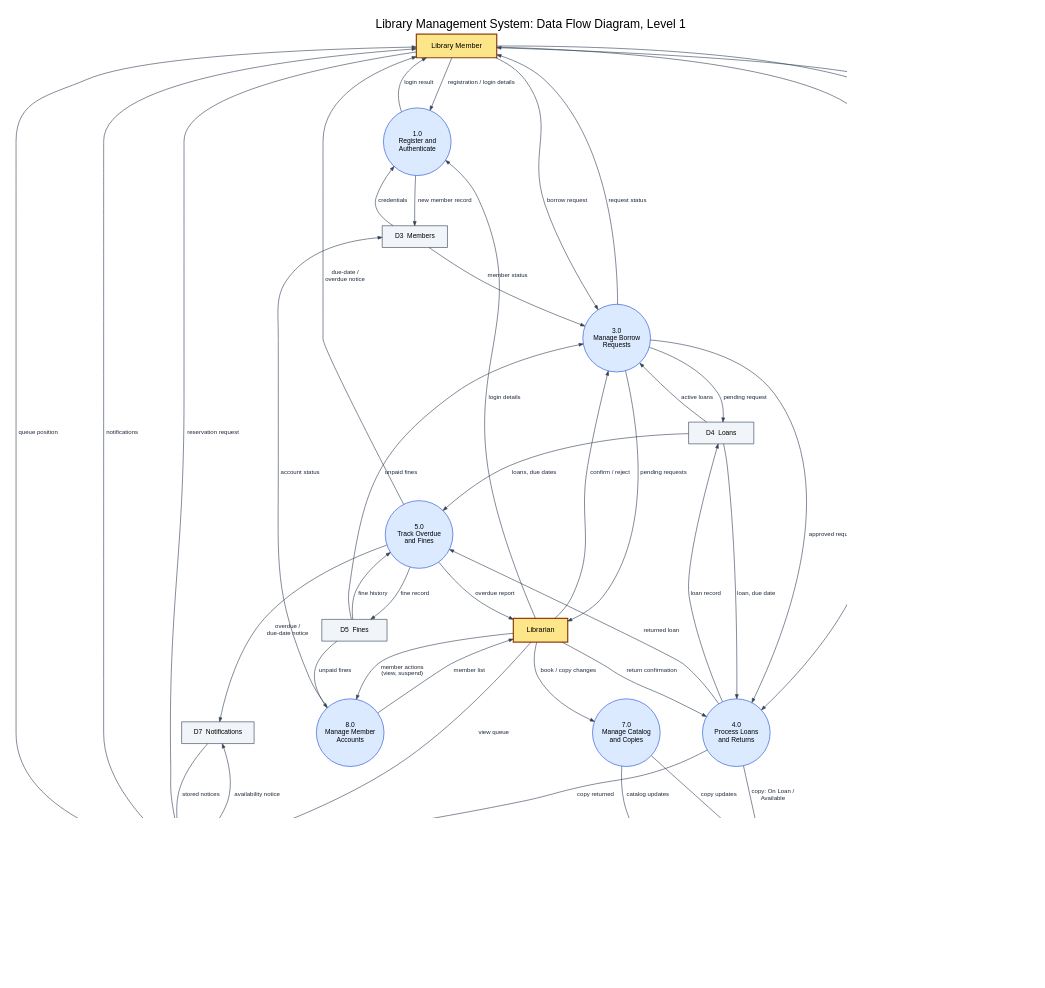
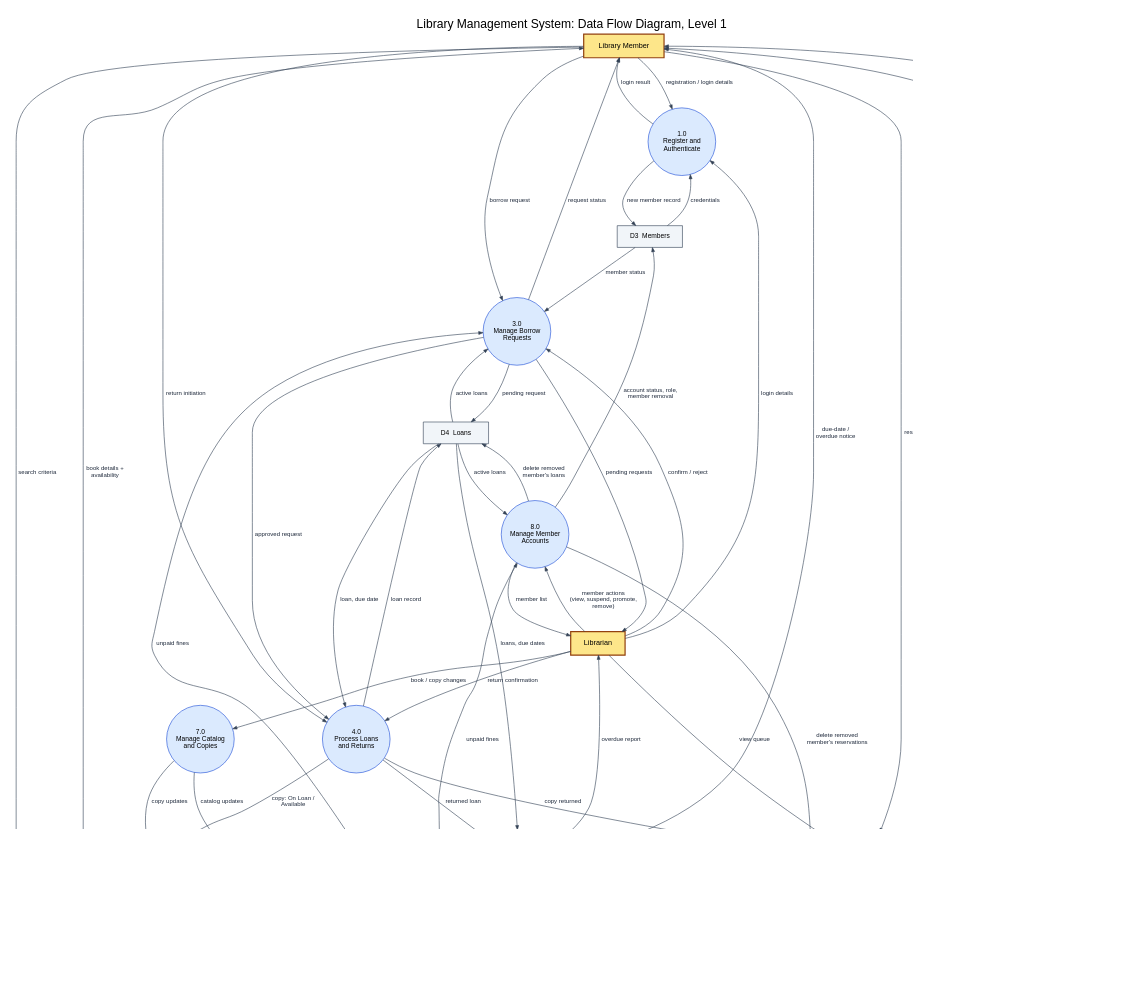
Before and after one commit to Hassan3443/library-management-system: the diagram in diagrams/dfd1.dot, drawn with Graphviz. The commit also changed 20 other files, not shown here.

Commit message:
FR-19 remove member: UI, requirements, diagrams; sync FR-02/FR-17 wording, counts

```diff
--- a/diagrams/dfd1.dot
+++ b/diagrams/dfd1.dot
@@ -1,81 +1,84 @@
 digraph DFD1 {
   graph [rankdir=TB, splines=true, nodesep=0.5, ranksep=1.0, fontname="Helvetica", labelloc=t, fontsize=20, label="Library Management System: Data Flow Diagram, Level 1\n", dpi=90, pad=0.3, bgcolor=white];
   node [fontname="Helvetica", fontsize=12];
   edge [fontname="Helvetica", fontsize=10, color="#334155", fontcolor="#1e293b", arrowsize=0.7];
 
   M [label="Library Member", shape=box, style="filled,bold", fillcolor="#fde68a", color="#92400e", margin="0.25,0.18"];
   L [label="Librarian", shape=box, style="filled,bold", fillcolor="#fde68a", color="#92400e", margin="0.25,0.18"];
 
   node [shape=circle, style=filled, fillcolor="#dbeafe", color="#1d4ed8", width=1.55, fixedsize=true, fontsize=11];
   P1 [label="1.0\nRegister and\nAuthenticate"];
   P2 [label="2.0\nSearch and\nView Books"];
   P3 [label="3.0\nManage Borrow\nRequests"];
   P4 [label="4.0\nProcess Loans\nand Returns"];
   P5 [label="5.0\nTrack Overdue\nand Fines"];
   P6 [label="6.0\nManage\nReservations"];
   P7 [label="7.0\nManage Catalog\nand Copies"];
   P8 [label="8.0\nManage Member\nAccounts"];
 
   node [shape=box, style="filled", fillcolor="#f1f5f9", color="#334155", width=1.5, height=0.5, fixedsize=false, fontsize=11, margin="0.2,0.1"];
   D1 [label="D1  Books"];
   D2 [label="D2  Book Copies"];
   D3 [label="D3  Members"];
   D4 [label="D4  Loans"];
   D5 [label="D5  Fines"];
   D6 [label="D6  Reservations"];
   D7 [label="D7  Notifications"];
 
   M -> P1 [label="registration / login details"];
   P1 -> M [label="login result"];
   P1 -> D3 [label="new member record"];
   D3 -> P1 [label="credentials"];
   L -> P1 [label="login details"];
 
   M -> P2 [label="search criteria"];
   P2 -> M [label="book details +\navailability"];
   D1 -> P2 [label="book data"];
   D2 -> P2 [label="copy status"];
 
   M -> P3 [label="borrow request"];
   P3 -> M [label="request status"];
   D3 -> P3 [label="member status"];
   D5 -> P3 [label="unpaid fines"];
   D4 -> P3 [label="active loans"];
   P3 -> D4 [label="pending request"];
   P3 -> L [label="pending requests"];
   L -> P3 [label="confirm / reject"];
   P3 -> P4 [label="approved request"];
 
   P4 -> D4 [label="loan record"];
   D4 -> P4 [label="loan, due date"];
   P4 -> D2 [label="copy: On Loan /\nAvailable"];
   M -> P4 [label="return initiation"];
   L -> P4 [label="return confirmation"];
   P4 -> P5 [label="returned loan"];
   P4 -> P6 [label="copy returned"];
 
   D4 -> P5 [label="loans, due dates"];
   P5 -> D5 [label="fine record"];
   P5 -> D7 [label="overdue /\ndue-date notice"];
   P5 -> L [label="overdue report"];
   P5 -> M [label="due-date /\noverdue notice"];
   D5 -> P5 [label="fine history"];
 
   M -> P6 [label="reservation request"];
   P6 -> M [label="queue position"];
   P6 -> D6 [label="queue entry"];
   D6 -> P6 [label="waiting queue"];
   P6 -> D7 [label="availability notice"];
   D7 -> P6 [label="stored notices"];
   P6 -> M [label="notifications"];
   L -> P6 [label="view queue"];
 
   L -> P7 [label="book / copy changes"];
   P7 -> D1 [label="catalog updates"];
   P7 -> D2 [label="copy updates"];
 
-  L -> P8 [label="member actions\n(view, suspend)"];
-  P8 -> D3 [label="account status"];
+  L -> P8 [label="member actions\n(view, suspend, promote,\nremove)"];
+  P8 -> D3 [label="account status, role,\nmember removal"];
+  D4 -> P8 [label="active loans"];
+  P8 -> D4 [label="delete removed\nmember's loans"];
+  P8 -> D6 [label="delete removed\nmember's reservations"];
   D5 -> P8 [label="unpaid fines"];
   P8 -> L [label="member list"];
 }
```
